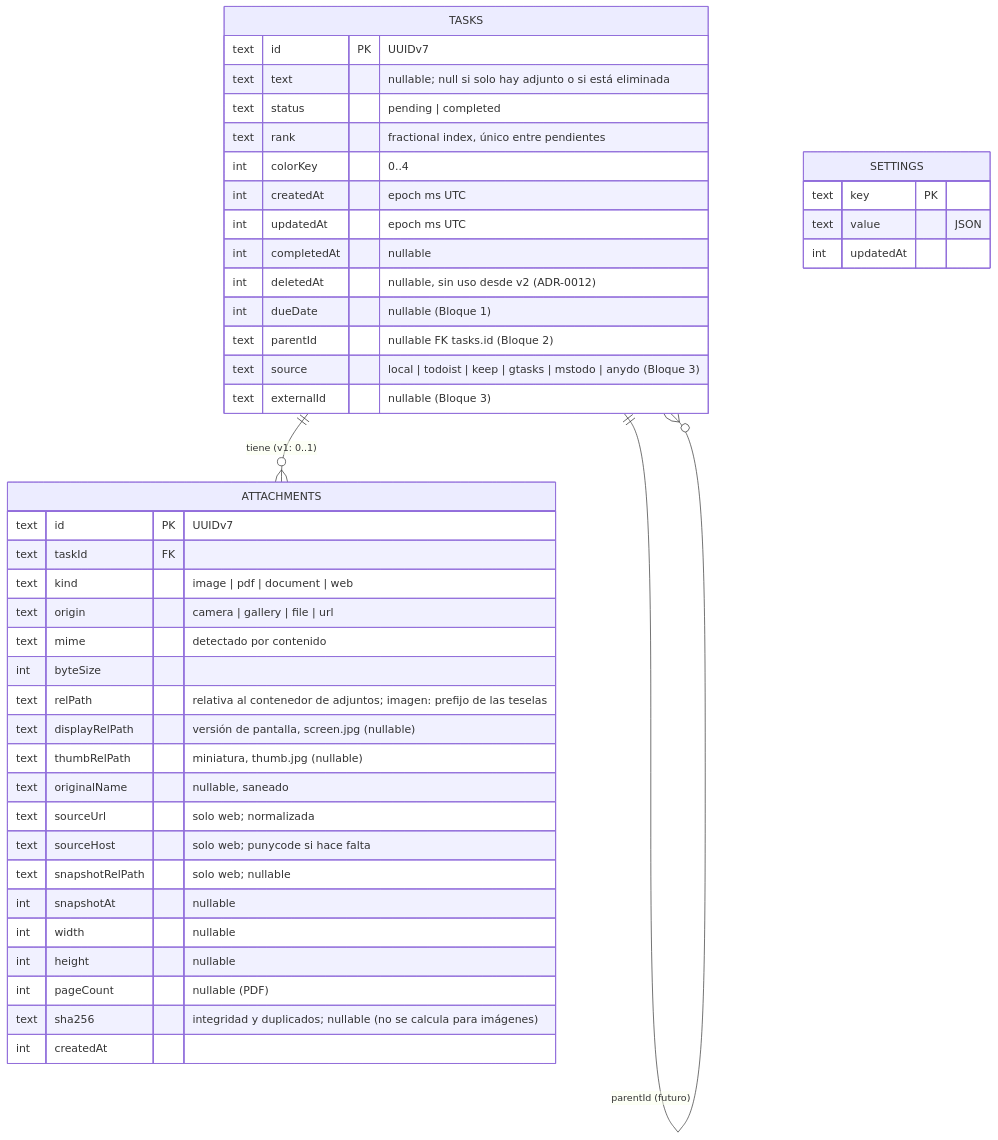
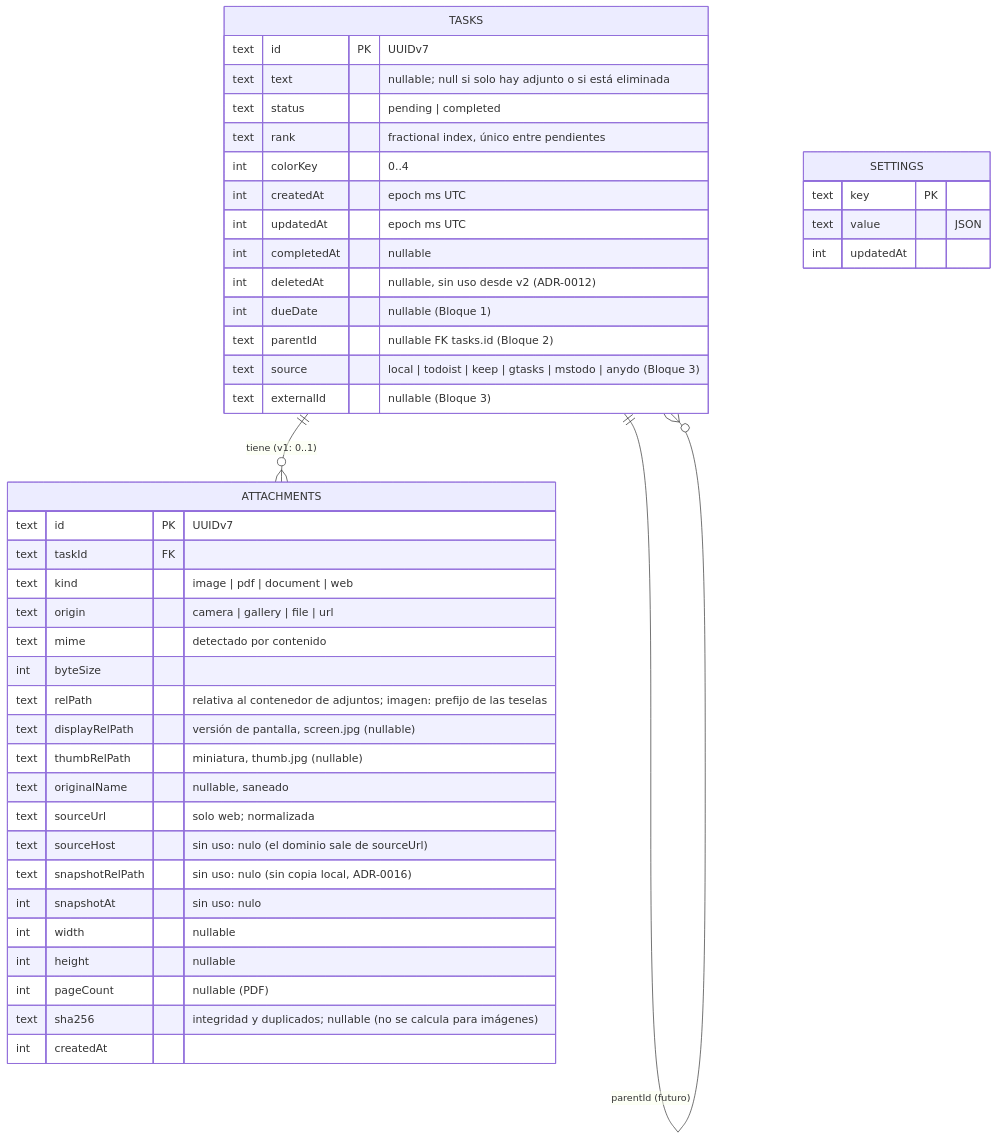
One commit to svallev/una changed the third of 4 diagrams in docs/architecture.md. Above: the diagram before and after it, drawn with Mermaid. The commit also changed other lines of this file and 116 other files, not shown here.

````diff
--- a/docs/architecture.md
+++ b/docs/architecture.md
@@ -94,46 +96,46 @@
 ```mermaid
 erDiagram
   TASKS ||--o{ ATTACHMENTS : "tiene (v1: 0..1)"
   TASKS ||--o{ TASKS : "parentId (futuro)"
   TASKS {
     text id PK "UUIDv7"
     text text "nullable; null si solo hay adjunto o si está eliminada"
     text status "pending | completed"
     text rank "fractional index, único entre pendientes"
     int colorKey "0..4"
     int createdAt "epoch ms UTC"
     int updatedAt "epoch ms UTC"
     int completedAt "nullable"
     int deletedAt "nullable, sin uso desde v2 (ADR-0012)"
     int dueDate "nullable (Bloque 1)"
     text parentId "nullable FK tasks.id (Bloque 2)"
     text source "local | todoist | keep | gtasks | mstodo | anydo (Bloque 3)"
     text externalId "nullable (Bloque 3)"
   }
   ATTACHMENTS {
     text id PK "UUIDv7"
     text taskId FK
     text kind "image | pdf | document | web"
     text origin "camera | gallery | file | url"
     text mime "detectado por contenido"
     int byteSize
     text relPath "relativa al contenedor de adjuntos; imagen: prefijo de las teselas"
     text displayRelPath "versión de pantalla, screen.jpg (nullable)"
     text thumbRelPath "miniatura, thumb.jpg (nullable)"
     text originalName "nullable, saneado"
     text sourceUrl "solo web; normalizada"
-    text sourceHost "solo web; punycode si hace falta"
-    text snapshotRelPath "solo web; nullable"
-    int snapshotAt "nullable"
+    text sourceHost "sin uso: nulo (el dominio sale de sourceUrl)"
+    text snapshotRelPath "sin uso: nulo (sin copia local, ADR-0016)"
+    int snapshotAt "sin uso: nulo"
     int width "nullable"
     int height "nullable"
     int pageCount "nullable (PDF)"
     text sha256 "integridad y duplicados; nullable (no se calcula para imágenes)"
     int createdAt
   }
   SETTINGS {
     text key PK
     text value "JSON"
     int updatedAt
   }
 ```
````
